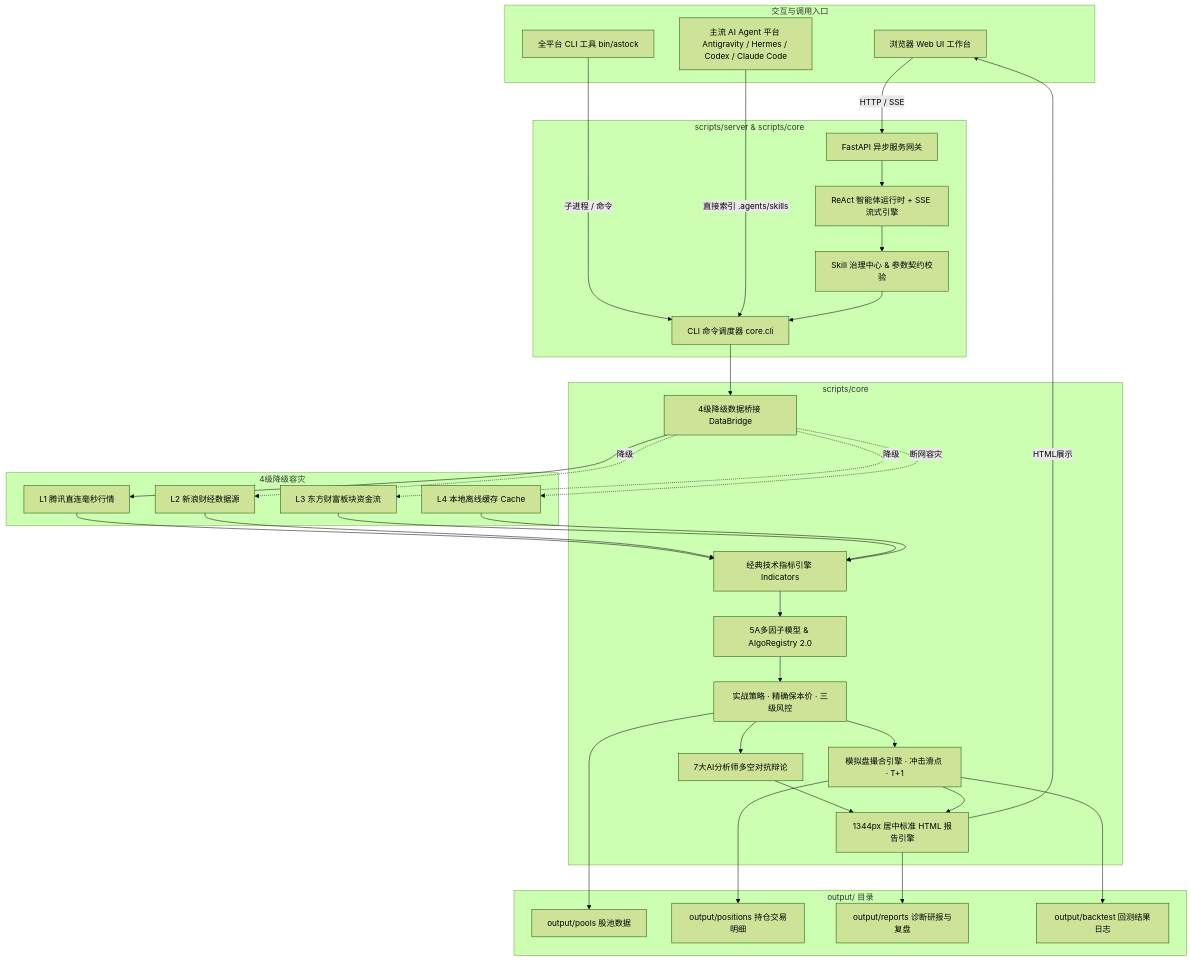
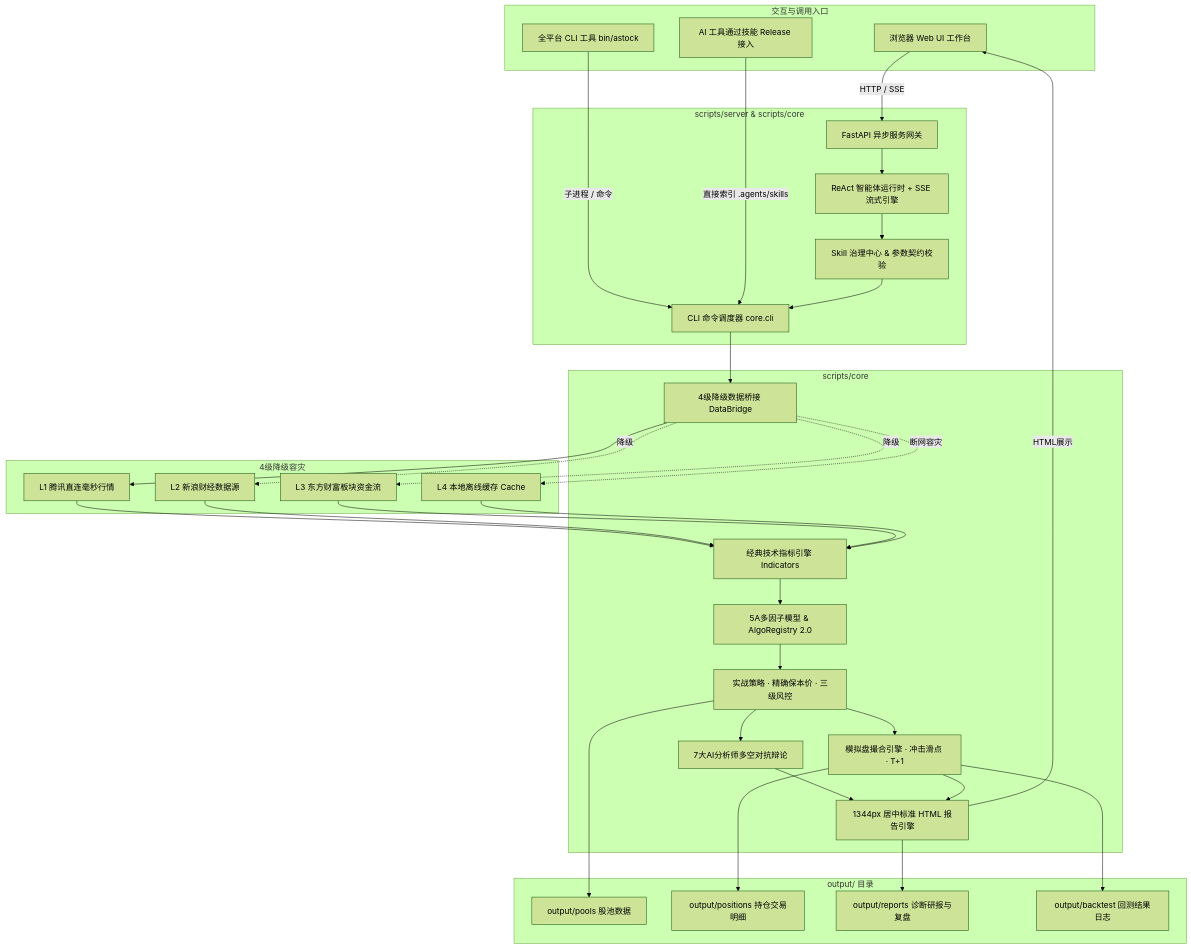
The third of 3 diagrams in docs/index.md (cvdnn/a_stock_agents), drawn with Mermaid (forest theme) before and after one commit. The commit also changed other lines of this file and 953 other files, not shown here.

Commit message:
refactor: migrate project to skill bundle architecture

````diff
--- a/docs/index.md
+++ b/docs/index.md
@@ -385,65 +385,65 @@
 ```mermaid
 flowchart TD
   subgraph 入口层 [交互与调用入口]
     U1[浏览器 Web UI 工作台]
     U2[全平台 CLI 工具 bin/astock]
-    U3[主流 AI Agent 平台 Antigravity / Hermes / Codex / Claude Code]
+    U3[AI 工具通过技能 Release 接入]
   end
 
   subgraph 服务与网关 [scripts/server & scripts/core]
     S1[FastAPI 异步服务网关]
     S2[ReAct 智能体运行时 + SSE 流式引擎]
     S3[CLI 命令调度器 core.cli]
     S4[Skill 治理中心 & 参数契约校验]
   end
 
   subgraph 核心量化引擎 [scripts/core]
     D[4级降级数据桥接 DataBridge]
     I[经典技术指标引擎 Indicators]
     M[5A多因子模型 & AlgoRegistry 2.0]
     ST[实战策略 · 精确保本价 · 三级风控]
     MA[7大AI分析师多空对抗辩论]
     PT[模拟盘撮合引擎 · 冲击滑点 · T+1]
     R[1344px 居中标准 HTML 报告引擎]
   end
 
   subgraph 数据源层 [4级降级容灾]
     L1[L1 腾讯直连毫秒行情]
     L2[L2 新浪财经数据源]
     L3[L3 东方财富板块资金流]
     L4[L4 本地离线缓存 Cache]
   end
 
   subgraph 用户专属隔离区 [output/ 目录]
     O1[output/pools 股池数据]
     O2[output/positions 持仓交易明细]
     O3[output/reports 诊断研报与复盘]
     O4[output/backtest 回测结果日志]
   end
 
   U1 -->|HTTP / SSE| S1
   S1 --> S2
   S2 --> S4
   U2 -->|子进程 / 命令| S3
   U3 -->|直接索引 .agents/skills| S3
   S4 --> S3
 
   S3 --> D
   D --> L1
   D -.->|降级| L2
   D -.->|降级| L3
   D -.->|断网容灾| L4
 
   L1 & L2 & L3 & L4 --> I
   I --> M
   M --> ST
   ST --> MA
   ST --> PT
   MA & PT --> R
 
   ST --> O1
   PT --> O2
   R --> O3
   PT --> O4
   R -->|HTML展示| U1
 ```
````
